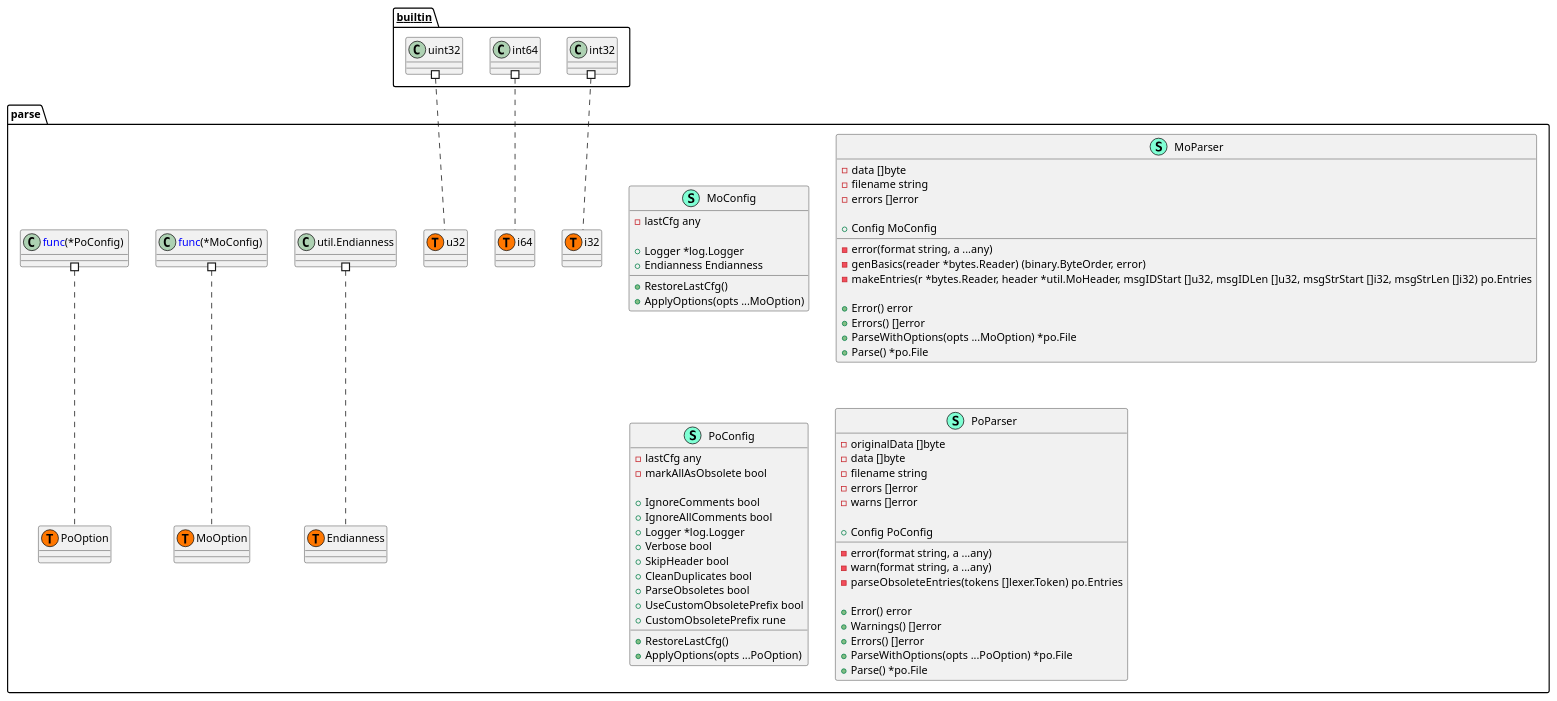
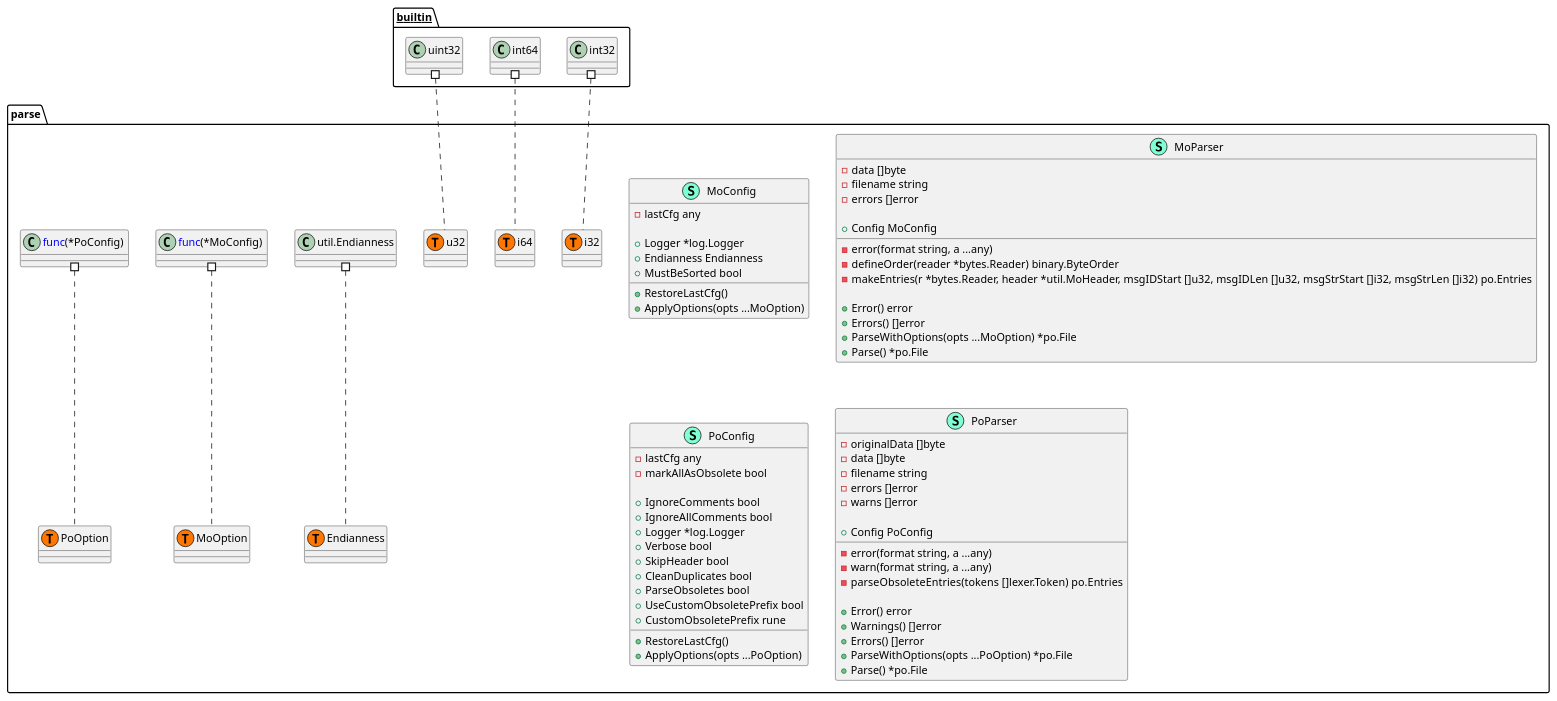
One commit to Tom5521/gotext-tools changed the diagram in pkg/po/parse/structure.puml. Above: the diagram before and after it, drawn with PlantUML. The commit also changed 14 other files, not shown here.

```diff
--- a/pkg/po/parse/structure.puml
+++ b/pkg/po/parse/structure.puml
@@ -1,92 +1,93 @@
 @startuml
 namespace parse {
     class MoConfig << (S,Aquamarine) >> {
         - lastCfg any
 
         + Logger *log.Logger
         + Endianness Endianness
+        + MustBeSorted bool
 
         + RestoreLastCfg() 
         + ApplyOptions(opts ...MoOption) 
 
     }
     class MoParser << (S,Aquamarine) >> {
         - data []byte
         - filename string
         - errors []error
 
         + Config MoConfig
 
         - error(format string, a ...any) 
-        - genBasics(reader *bytes.Reader) (binary.ByteOrder, error)
+        - defineOrder(reader *bytes.Reader) binary.ByteOrder
         - makeEntries(r *bytes.Reader, header *util.MoHeader, msgIDStart []u32, msgIDLen []u32, msgStrStart []i32, msgStrLen []i32) po.Entries
 
         + Error() error
         + Errors() []error
         + ParseWithOptions(opts ...MoOption) *po.File
         + Parse() *po.File
 
     }
     class PoConfig << (S,Aquamarine) >> {
         - lastCfg any
         - markAllAsObsolete bool
 
         + IgnoreComments bool
         + IgnoreAllComments bool
         + Logger *log.Logger
         + Verbose bool
         + SkipHeader bool
         + CleanDuplicates bool
         + ParseObsoletes bool
         + UseCustomObsoletePrefix bool
         + CustomObsoletePrefix rune
 
         + RestoreLastCfg() 
         + ApplyOptions(opts ...PoOption) 
 
     }
     class PoParser << (S,Aquamarine) >> {
         - originalData []byte
         - data []byte
         - filename string
         - errors []error
         - warns []error
 
         + Config PoConfig
 
         - error(format string, a ...any) 
         - warn(format string, a ...any) 
         - parseObsoleteEntries(tokens []lexer.Token) po.Entries
 
         + Error() error
         + Warnings() []error
         + Errors() []error
         + ParseWithOptions(opts ...PoOption) *po.File
         + Parse() *po.File
 
     }
     class parse.Endianness << (T, #FF7700) >>  {
     }
     class parse.MoOption << (T, #FF7700) >>  {
     }
     class parse.PoOption << (T, #FF7700) >>  {
     }
     class parse.i32 << (T, #FF7700) >>  {
     }
     class parse.i64 << (T, #FF7700) >>  {
     }
     class parse.u32 << (T, #FF7700) >>  {
     }
     class "util.Endianness" as utilEndianness {
         'This class was created so that we can correctly have an alias pointing to this name. Since it contains dots that can break namespaces
     }
 }
 
 
 "__builtin__.int32" #.. "parse.i32"
 "__builtin__.int64" #.. "parse.i64"
 "__builtin__.uint32" #.. "parse.u32"
 "parse.<font color=blue>func</font>(*MoConfig) " #.. "parse.MoOption"
 "parse.<font color=blue>func</font>(*PoConfig) " #.. "parse.PoOption"
 "parse.utilEndianness" #.. "parse.Endianness"
 @enduml
```
